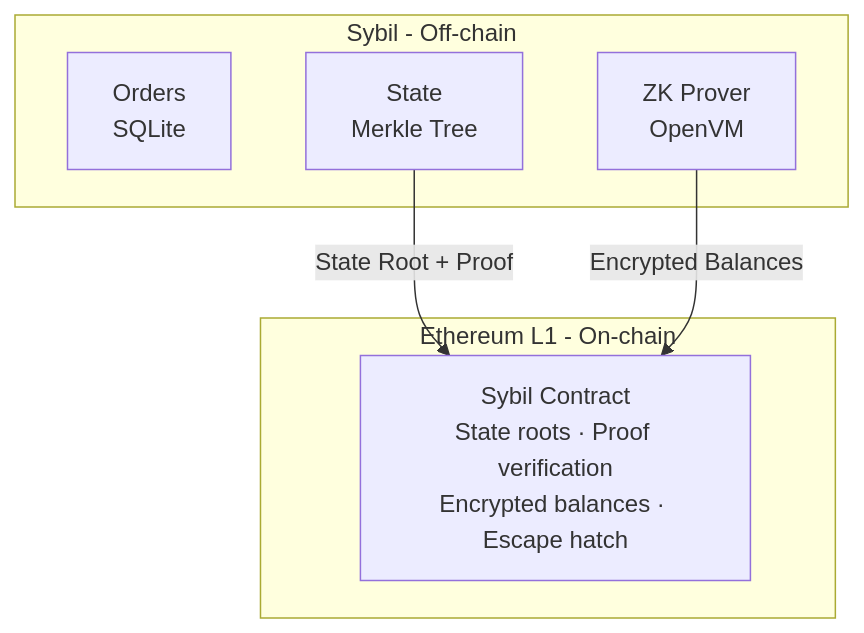
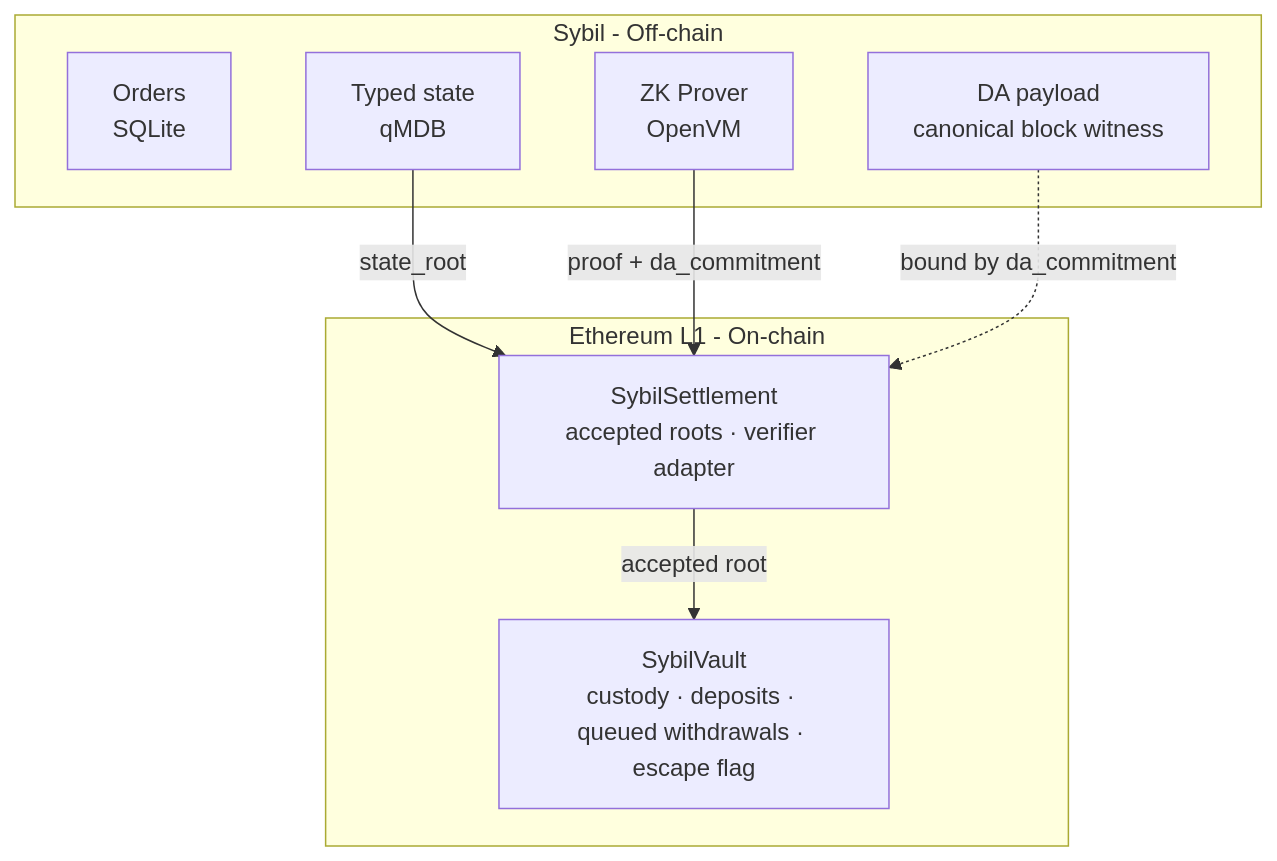
One commit to MetaB0y/sybil changed the diagram in docs/technical/validium.mdx. Above: the diagram before and after it, drawn with Mermaid. The commit also changed other lines of this file and 1 other file, not shown here.

````diff
--- a/docs/technical/validium.mdx
+++ b/docs/technical/validium.mdx
@@ -45,15 +55,19 @@
 ```mermaid
 graph TB
     subgraph offchain[Sybil - Off-chain]
         Orders["Orders<br/>SQLite"]
-        State["State<br/>Merkle Tree"]
+        State["Typed state<br/>qMDB"]
         Prover["ZK Prover<br/>OpenVM"]
+        DA["DA payload<br/>canonical block witness"]
     end
 
-    State -->|State Root + Proof| Contract
-    Prover -->|Encrypted Balances| Contract
+    State -->|state_root| Settlement
+    Prover -->|proof + da_commitment| Settlement
+    DA -.->|bound by da_commitment| Settlement
 
     subgraph onchain[Ethereum L1 - On-chain]
-        Contract["Sybil Contract<br/>State roots · Proof verification<br/>Encrypted balances · Escape hatch"]
+        Settlement["SybilSettlement<br/>accepted roots · verifier adapter"]
+        Vault["SybilVault<br/>custody · deposits · queued withdrawals · escape flag"]
+        Settlement -->|accepted root| Vault
     end
 ```
````
